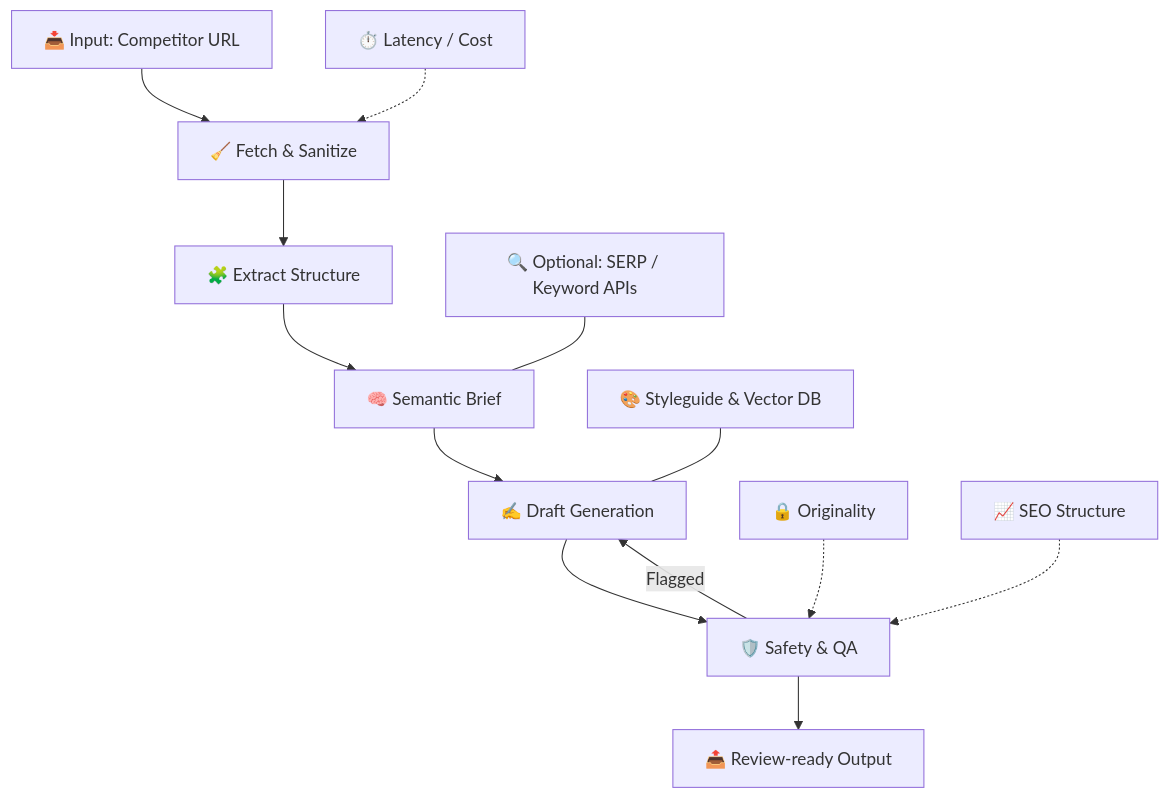
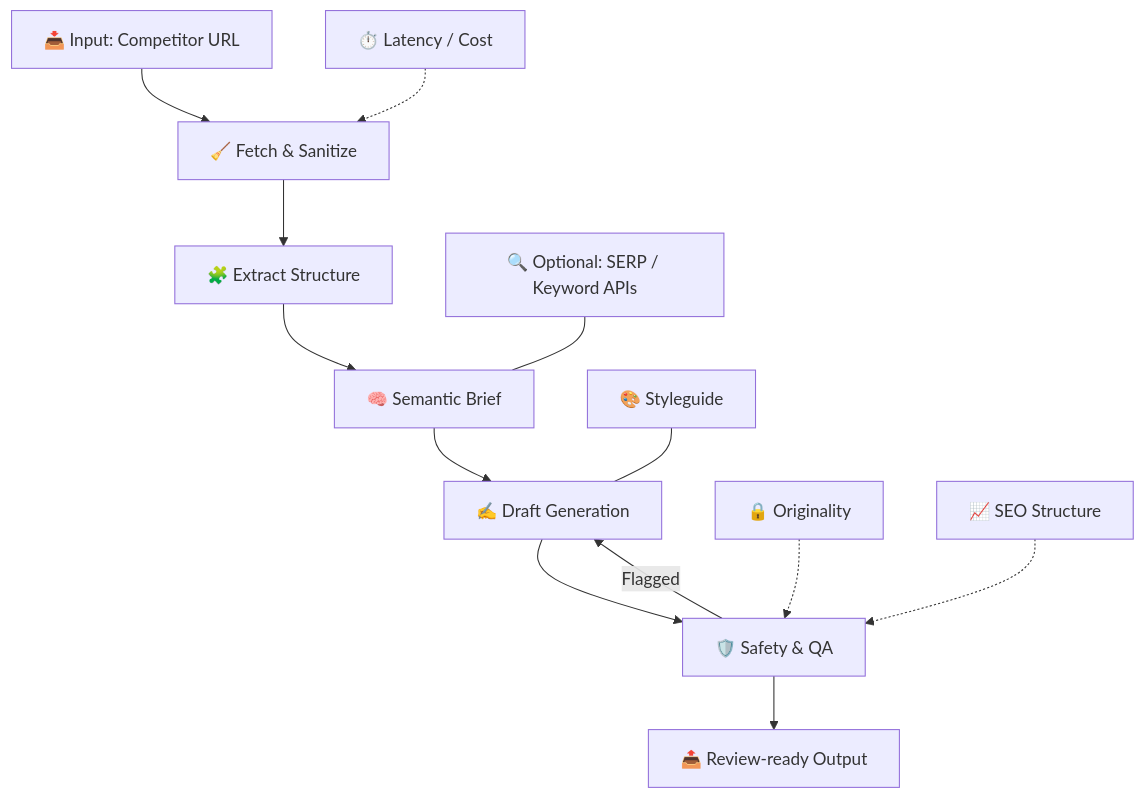
Before and after one commit to d1ln/sendseo: the diagram in README.md, drawn with Mermaid. The commit also changed other lines of this file and 16 other files, not shown here.

````diff
--- a/README.md
+++ b/README.md
@@ -12,24 +12,24 @@
 ```mermaid
 flowchart TD
   A[📥 Input: Competitor URL]
   B[🧹 Fetch & Sanitize]
   C[🧩 Extract Structure]
   D[🧠 Semantic Brief]
   E[✍️ Draft Generation]
   F[🛡️ Safety & QA]
   G[📤 Review-ready Output]
 
   A --> B --> C --> D --> E --> F --> G
 
   %% Side inputs
-  Styleguide[🎨 Styleguide & Vector DB] --- E
+  Styleguide[🎨 Styleguide] --- E
   SEOAPI[🔍 Optional: SERP / Keyword APIs] --- D
 
   %% Feedback loop
   F -- Flagged --> E
 
   %% Metrics
   M1[🔒 Originality] -.-> F
   M2[📈 SEO Structure] -.-> F
   M3[⏱️ Latency / Cost] -.-> B
 ```
````
